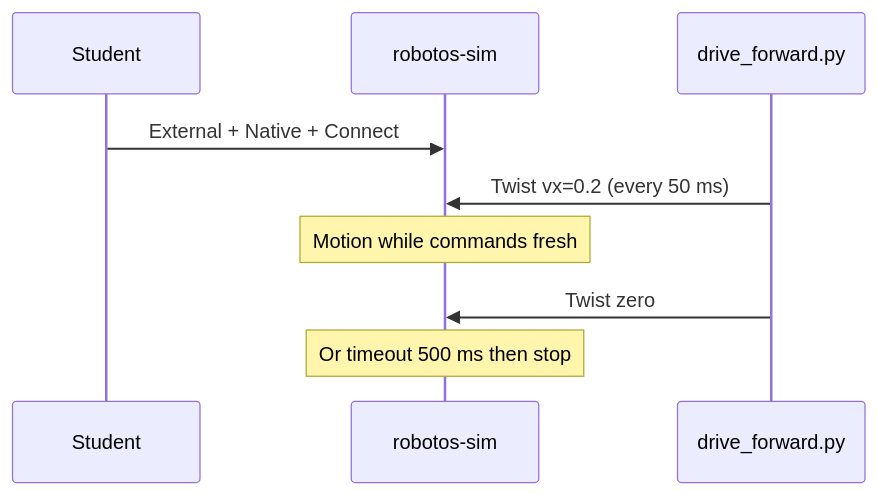
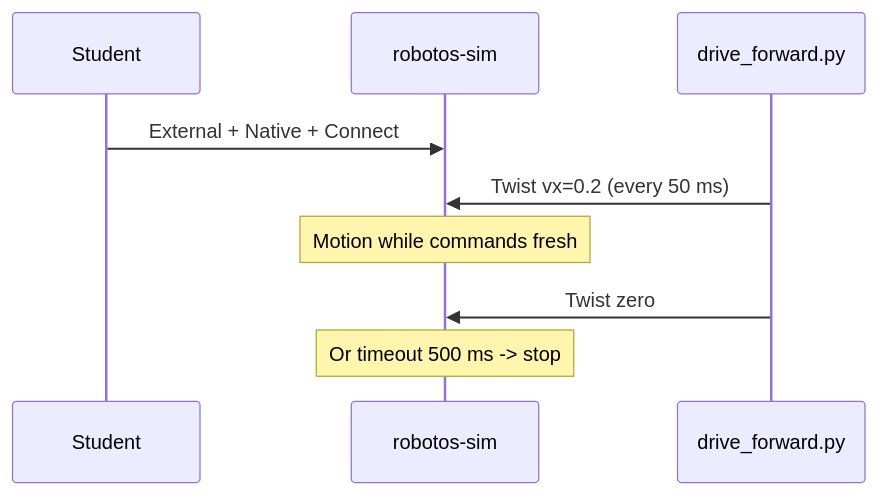
One commit to drsanti/robotos-workshop changed the second of 2 diagrams in ebook/src/chapters/ch02-twist-control.md. Above: the diagram before and after it, drawn with Mermaid. The commit also changed 122 other files, not shown here.

````diff
--- a/ebook/src/chapters/ch02-twist-control.md
+++ b/ebook/src/chapters/ch02-twist-control.md
@@ -60,11 +60,11 @@
 ```mermaid
 sequenceDiagram
   participant U as Student
   participant S as robotos-sim
   participant D as drive_forward.py
   U->>S: External + Native + Connect
   D->>S: Twist vx=0.2 (every 50 ms)
   Note over S: Motion while commands fresh
   D->>S: Twist zero
-  Note over S: Or timeout 500 ms then stop
+  Note over S: Or timeout 500 ms -> stop
 ```
````
